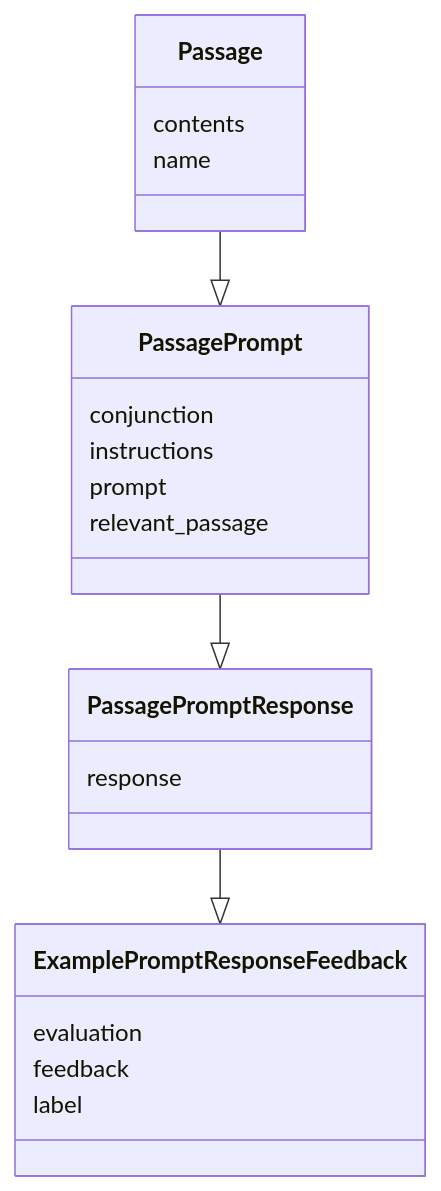
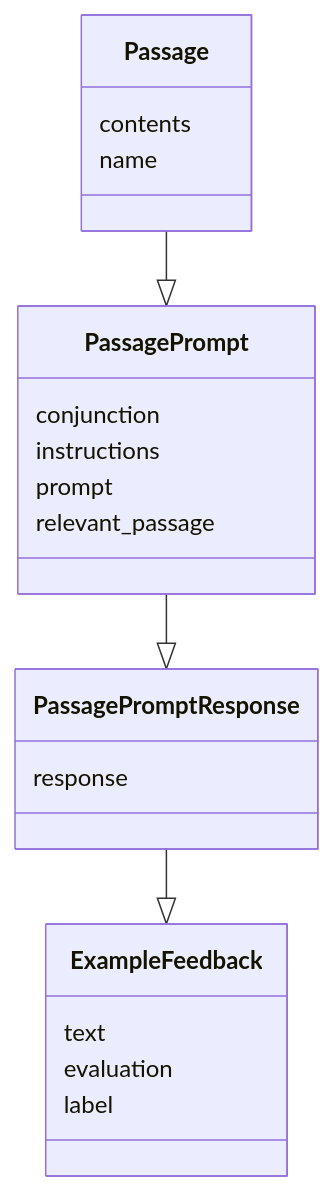
Before and after one commit to empirical-org/Empirical-Core: the first of 3 diagrams in services/QuillLMS/engines/evidence/app/models/evidence/research/readme.md, drawn with Mermaid. The commit also changed other lines of this file and 25 other files, not shown here.

````diff
--- a/services/QuillLMS/engines/evidence/app/models/evidence/research/readme.md
+++ b/services/QuillLMS/engines/evidence/app/models/evidence/research/readme.md
@@ -5,24 +5,24 @@
 ```mermaid
 classDiagram
     class Passage {
          contents
          name
     }
     class PassagePrompt {
          conjunction
          instructions
          prompt
          relevant_passage
     }
     class PassagePromptResponse {
          response
     }
-    class ExamplePromptResponseFeedback {
+    class ExampleFeedback {
+         text
          evaluation
-         feedback
          label
     }
     Passage --|> PassagePrompt
     PassagePrompt --|> PassagePromptResponse
-    PassagePromptResponse --|> ExamplePromptResponseFeedback
+    PassagePromptResponse --|> ExampleFeedback
 ```
````
